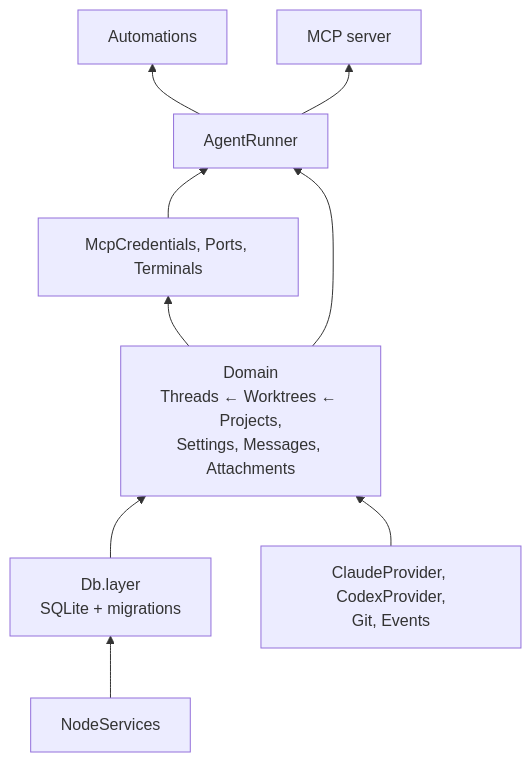
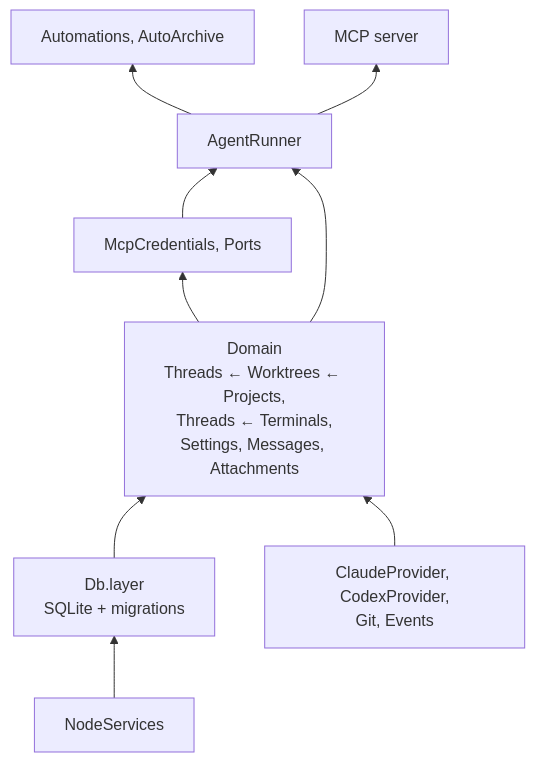
Before and after one commit to hinadev-ai/hinacode: the third of 15 diagrams in docs/arch.md, drawn with Mermaid. The commit also changed other lines of this file and 52 other files, not shown here.

First line of the commit message:
feat(threads): archive threads and filter the sidebar (#98)

````diff
--- a/docs/arch.md
+++ b/docs/arch.md
@@ -72,18 +72,18 @@
 ```mermaid
 flowchart BT
   node["NodeServices"]
   db["Db.layer<br/>SQLite + migrations"]
   infra["ClaudeProvider, CodexProvider,<br/>Git, Events"]
-  domain["Domain<br/>Threads ← Worktrees ← Projects,<br/>Settings, Messages, Attachments"]
-  features["McpCredentials, Ports, Terminals"]
+  domain["Domain<br/>Threads ← Worktrees ← Projects,<br/>Threads ← Terminals,<br/>Settings, Messages, Attachments"]
+  features["McpCredentials, Ports"]
   runner["AgentRunner"]
-  autos["Automations"]
+  autos["Automations, AutoArchive"]
   mcp["MCP server"]
 
   node --> db --> domain
   infra --> domain
   domain --> features --> runner
   domain --> runner
   runner --> autos
   runner --> mcp
 ```
````
